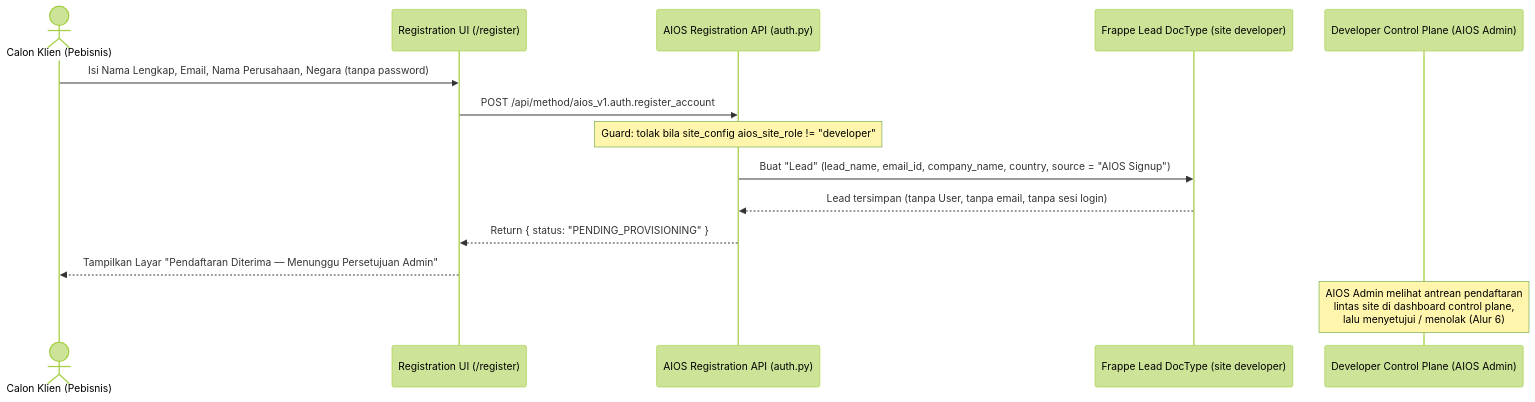
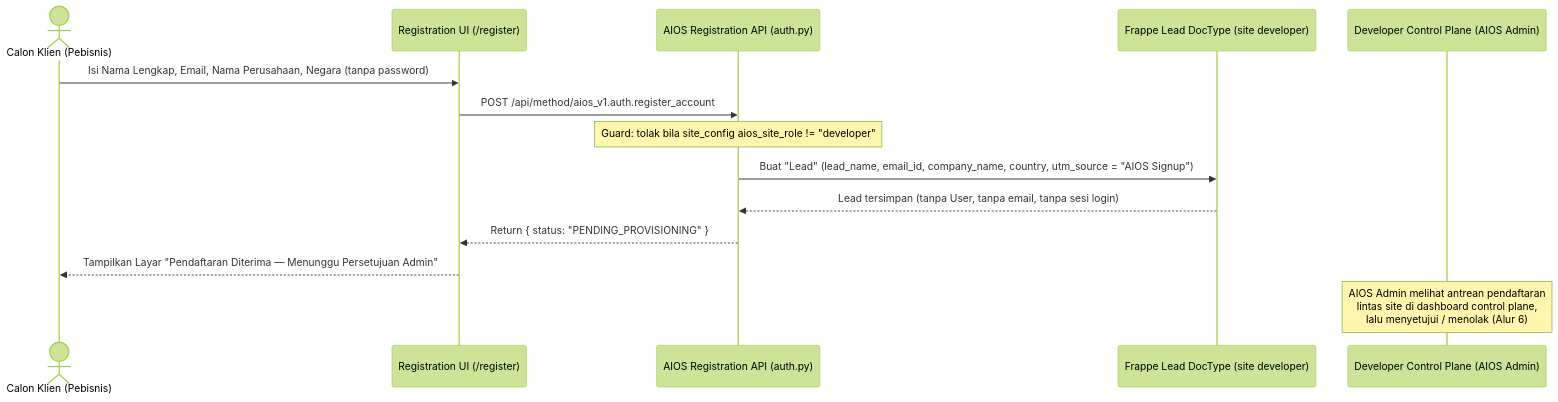
Before and after one commit to Tenshi1308/aios-frappe-16: the first of 8 diagrams in docs/04-alur-kerja-sistem.md, drawn with Mermaid (forest theme). The commit also changed other lines of this file and 2 other files, not shown here.

Commit message:
docs: koreksi Lead.source -> Lead.utm_source (UTM Source) sesuai ERPNext 16

````diff
--- a/docs/04-alur-kerja-sistem.md
+++ b/docs/04-alur-kerja-sistem.md
@@ -11,17 +11,17 @@
 ```mermaid
 sequenceDiagram
     actor Klien as Calon Klien (Pebisnis)
     participant UI as Registration UI (/register)
     participant API as AIOS Registration API (auth.py)
     participant DB as Frappe Lead DocType (site developer)
     participant CP as Developer Control Plane (AIOS Admin)
 
     Klien->>UI: Isi Nama Lengkap, Email, Nama Perusahaan, Negara (tanpa password)
     UI->>API: POST /api/method/aios_v1.auth.register_account
     Note over API: Guard: tolak bila site_config aios_site_role != "developer"
-    API->>DB: Buat "Lead" (lead_name, email_id, company_name, country, source = "AIOS Signup")
+    API->>DB: Buat "Lead" (lead_name, email_id, company_name, country, utm_source = "AIOS Signup")
     DB-->>API: Lead tersimpan (tanpa User, tanpa email, tanpa sesi login)
     API-->>UI: Return { status: "PENDING_PROVISIONING" }
     UI-->>Klien: Tampilkan Layar "Pendaftaran Diterima — Menunggu Persetujuan Admin"
     Note over CP: AIOS Admin melihat antrean pendaftaran<br/>lintas site di dashboard control plane,<br/>lalu menyetujui / menolak (Alur 6)
 ```
````
